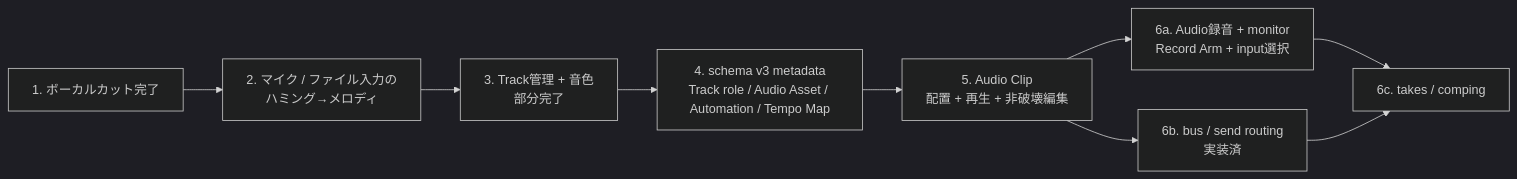
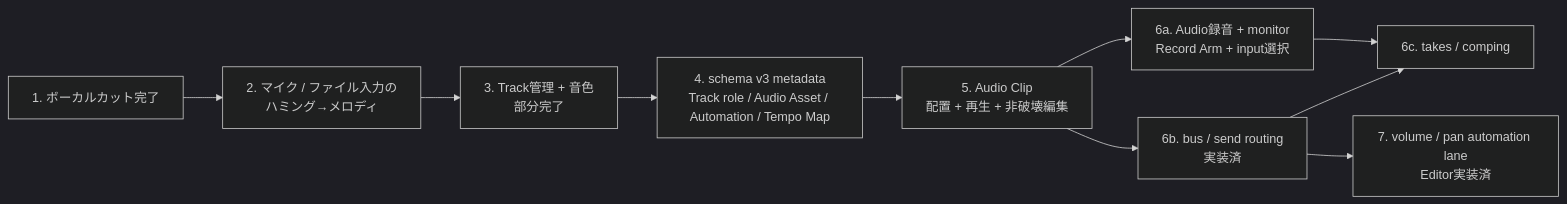
One commit to machaniconico/compose-tutor-studio changed the diagram in docs/13_pro_daw_gap_matrix.md. Above: the diagram before and after it, drawn with Mermaid (dark theme). The commit also changed other lines of this file and 21 other files, not shown here.

First line of the commit message:
feat(studio): add production automation lane editor (#20)

````diff
--- a/docs/13_pro_daw_gap_matrix.md
+++ b/docs/13_pro_daw_gap_matrix.md
@@ -83,11 +84,12 @@
 ```mermaid
 flowchart LR
   B1[1. ボーカルカット完了] --> B2[2. マイク / ファイル入力の<br/>ハミング→メロディ]
   B2 --> B3[3. Track管理 + 音色<br/>部分完了]
   B3 --> B4[4. schema v3 metadata<br/>Track role / Audio Asset / Automation / Tempo Map]
   B4 --> B5[5. Audio Clip<br/>配置 + 再生 + 非破壊編集]
   B5 --> B6A[6a. Audio録音 + monitor<br/>Record Arm + input選択]
   B5 --> B6B[6b. bus / send routing<br/>実装済]
+  B6B --> B7[7. volume / pan automation lane<br/>Editor実装済]
   B6A --> B6C[6c. takes / comping]
   B6B --> B6C
 ```
````
